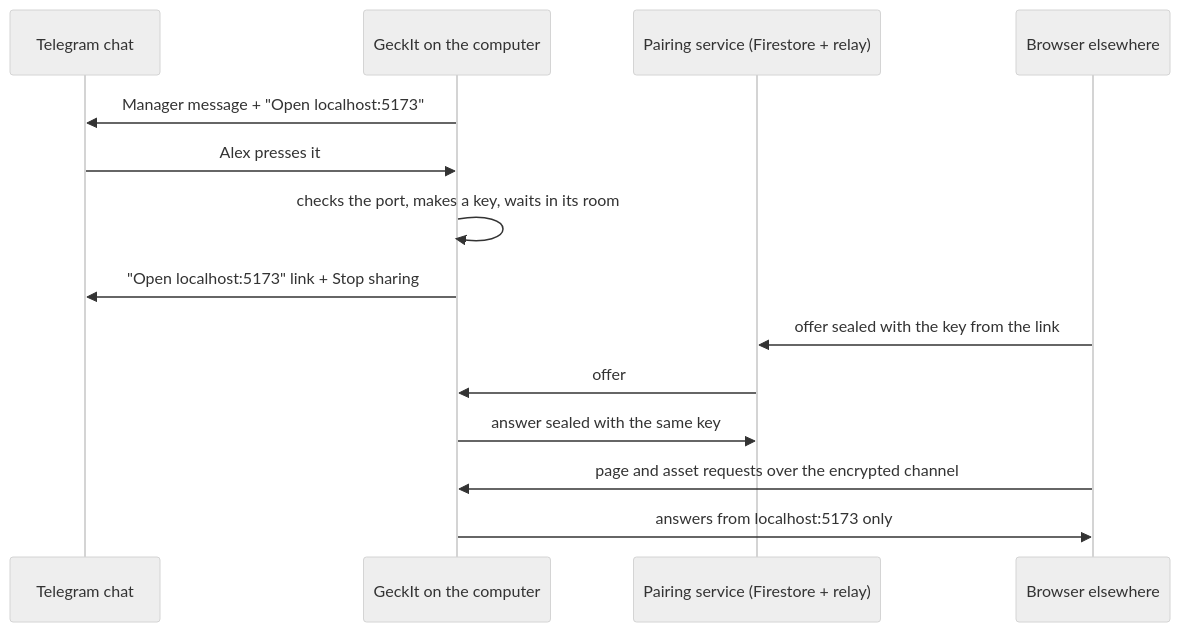
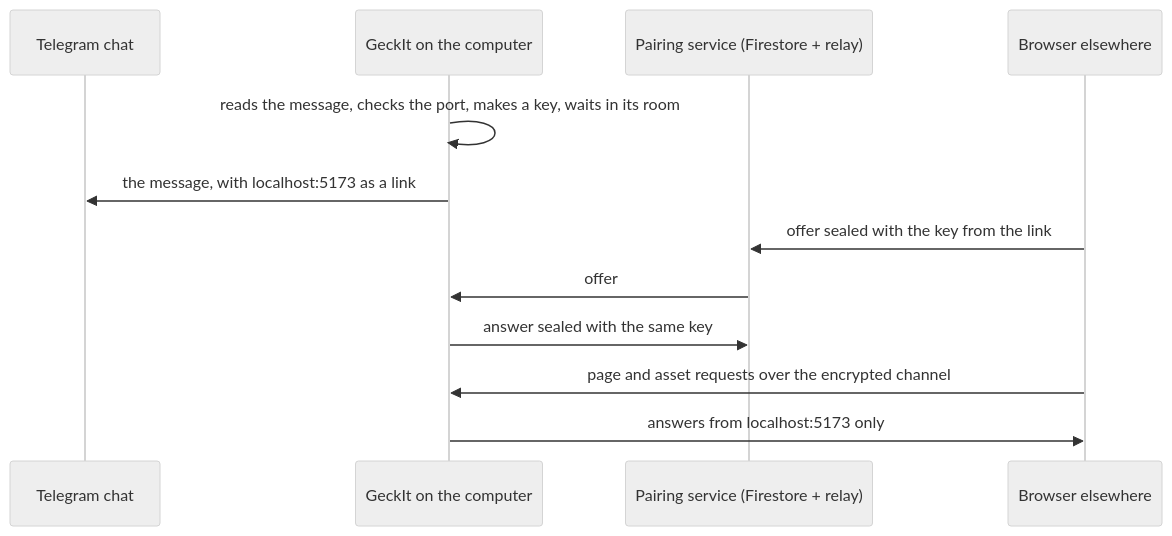
The first of 3 diagrams in docs/ux/telegram-local-links.md (anetrebskii/geckit), drawn with Mermaid (neutral theme) before and after one commit. The commit also changed other lines of this file and 8 other files, not shown here.

````diff
--- a/docs/ux/telegram-local-links.md
+++ b/docs/ux/telegram-local-links.md
@@ -26,16 +26,14 @@
 ```mermaid
 sequenceDiagram
   participant T as Telegram chat
   participant M as GeckIt on the computer
   participant S as Pairing service (Firestore + relay)
   participant B as Browser elsewhere
-  M->>T: Manager message + "Open localhost:5173"
-  T->>M: Alex presses it
-  M->>M: checks the port, makes a key, waits in its room
-  M->>T: "Open localhost:5173" link + Stop sharing
+  M->>M: reads the message, checks the port, makes a key, waits in its room
+  M->>T: the message, with localhost:5173 as a link
   B->>S: offer sealed with the key from the link
   S->>M: offer
   M->>S: answer sealed with the same key
   B->>M: page and asset requests over the encrypted channel
   M->>B: answers from localhost:5173 only
 ```
````
